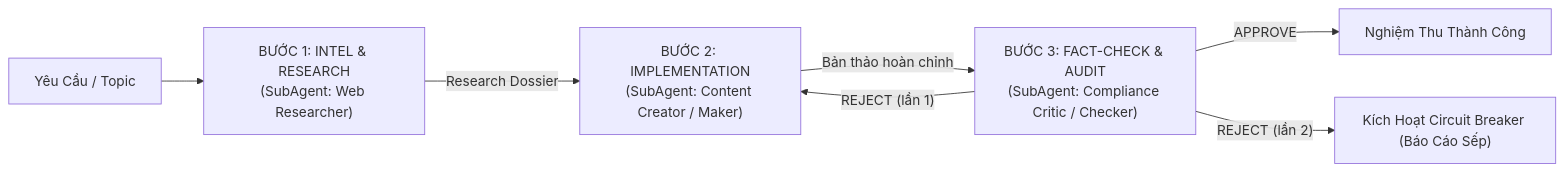
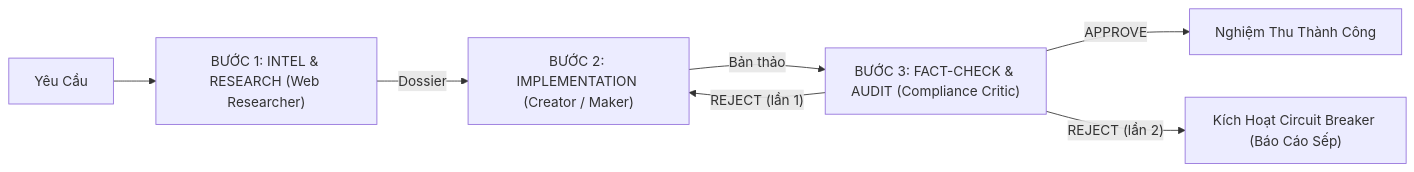
Before and after one commit to sumita-dev/Antigravity-Harness-HuB: the diagram in GEMINI.md, drawn with Mermaid. The commit also changed other lines of this file and 8 other files, not shown here.

````diff
--- a/GEMINI.md
+++ b/GEMINI.md
@@ -80,9 +79,9 @@
 ```mermaid
 flowchart LR
-    A["Yêu Cầu / Topic"] --> B["BƯỚC 1: INTEL & RESEARCH<br/>(SubAgent: Web Researcher)"]
-    B -->|"Research Dossier"| C["BƯỚC 2: IMPLEMENTATION<br/>(SubAgent: Content Creator / Maker)"]
-    C -->|"Bản thảo hoàn chỉnh"| D["BƯỚC 3: FACT-CHECK & AUDIT<br/>(SubAgent: Compliance Critic / Checker)"]
+    A["Yêu Cầu"] --> B["BƯỚC 1: INTEL & RESEARCH (Web Researcher)"]
+    B -->|"Dossier"| C["BƯỚC 2: IMPLEMENTATION (Creator / Maker)"]
+    C -->|"Bản thảo"| D["BƯỚC 3: FACT-CHECK & AUDIT (Compliance Critic)"]
     D -->|"APPROVE"| E["Nghiệm Thu Thành Công"]
     D -->|"REJECT (lần 1)"| C
     D -->|"REJECT (lần 2)"| F["Kích Hoạt Circuit Breaker (Báo Cáo Sếp)"]
 ```
````
